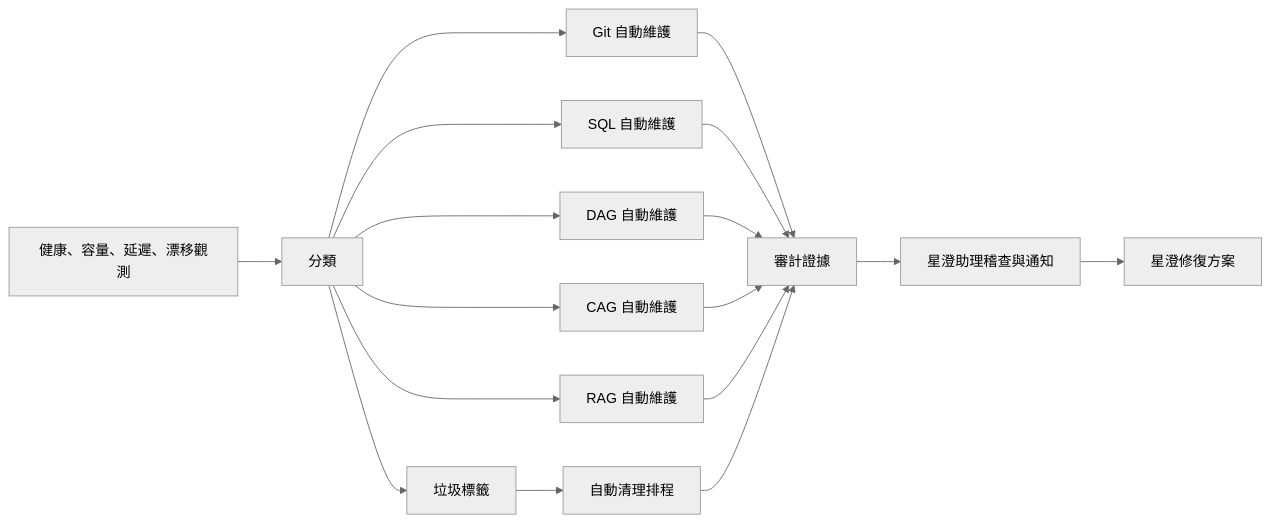
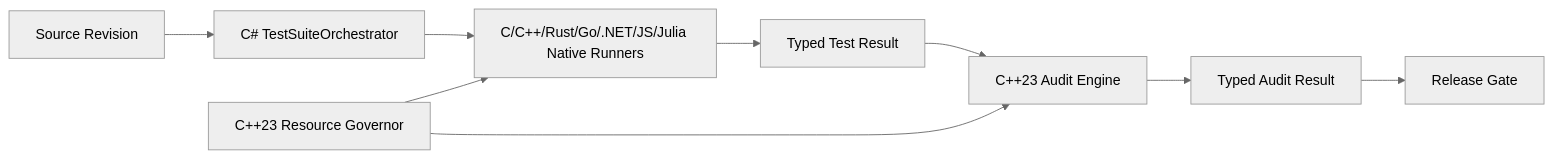
The eighth of 9 diagrams in governance_rule/codex/architecture-project.md (guilty442-source/GPTBridge), drawn with Mermaid (neutral theme) before and after one commit. The commit also changed other lines of this file and 14 other files, not shown here.

Commit message:
codex sync 15:00:49Z: zh-TW mirror parts + architecture docs refreshed; formal rule evaluator codes renamed to canonical (_V1 suffix dropped; GO_RUST_NODE->GO_RUST_RUNTIME, JAX_PYTORCH->JAX_FRAMEWORK); release-dependencies pin

````diff
--- a/governance_rule/codex/architecture-project.md
+++ b/governance_rule/codex/architecture-project.md
@@ -352,20 +147,11 @@
 ```mermaid
 flowchart LR
-  OBS[健康、容量、延遲、漂移觀測] --> CLASS[分類]
-  CLASS --> GIT[Git 自動維護]
-  CLASS --> SQL[SQL 自動維護]
-  CLASS --> DAG[DAG 自動維護]
-  CLASS --> CAG[CAG 自動維護]
-  CLASS --> RAG[RAG 自動維護]
-  CLASS --> TRASH[垃圾標籤]
-  TRASH --> CLEAN[自動清理排程]
-
-  GIT --> AUDIT[審計證據]
-  SQL --> AUDIT
-  DAG --> AUDIT
-  CAG --> AUDIT
-  RAG --> AUDIT
-  CLEAN --> AUDIT
-  AUDIT --> XA[星澄助理稽查與通知]
-  XA --> XC[星澄修復方案]
+  SRC[Source Revision] --> CSHARP[C# TestSuiteOrchestrator]
+  CSHARP --> NATIVE[C/C++/Rust/Go/.NET/JS/Julia Native Runners]
+  NATIVE --> TEST[Typed Test Result]
+  TEST --> CPP[C++23 Audit Engine]
+  CPP --> AUDIT[Typed Audit Result]
+  AUDIT --> GATE[Release Gate]
+  GOV[C++23 Resource Governor] --> NATIVE
+  GOV --> CPP
 ```
````
